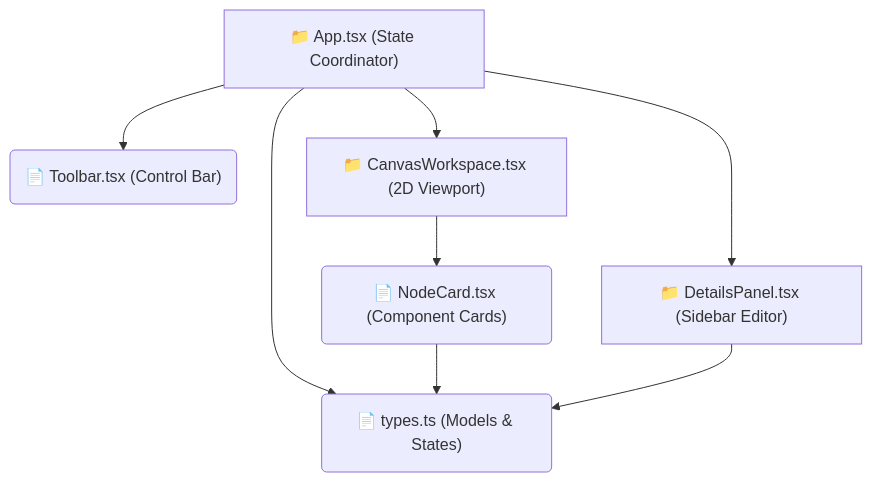
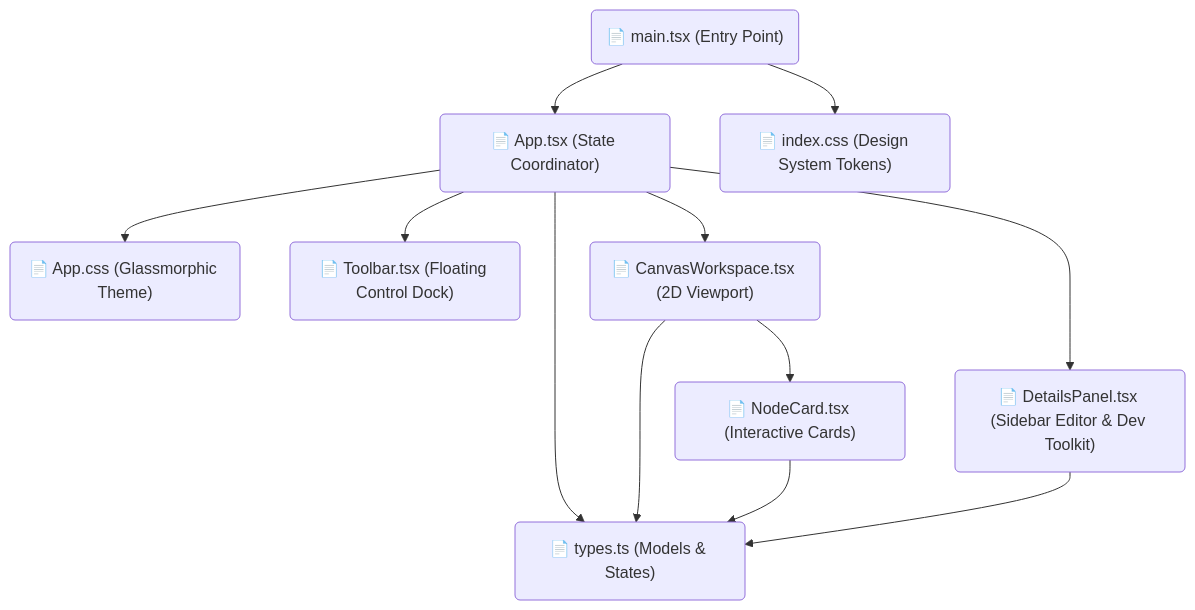
One commit to x2dat/ArchCanvas changed the diagram in README.md. Above: the diagram before and after it, drawn with Mermaid. The commit also changed other lines of this file, not shown here.

Commit message:
Update Mermaid structure diagram and clean up markdown growth badge markup in README

````diff
--- a/README.md
+++ b/README.md
@@ -42,17 +42,24 @@
 ```mermaid
 graph TD
-  node_app["📁 App.tsx (State Coordinator)"]
+  node_main("📄 main.tsx (Entry Point)")
+  node_app("📄 App.tsx (State Coordinator)")
   node_types("📄 types.ts (Models & States)")
-  node_toolbar("📄 Toolbar.tsx (Control Bar)")
-  node_canvas["📁 CanvasWorkspace.tsx (2D Viewport)"]
-  node_card("📄 NodeCard.tsx (Component Cards)")
-  node_details["📁 DetailsPanel.tsx (Sidebar Editor)"]
+  node_app_css("📄 App.css (Glassmorphic Theme)")
+  node_index_css("📄 index.css (Design System Tokens)")
+  node_toolbar("📄 Toolbar.tsx (Floating Control Dock)")
+  node_canvas("📄 CanvasWorkspace.tsx (2D Viewport)")
+  node_card("📄 NodeCard.tsx (Interactive Cards)")
+  node_details("📄 DetailsPanel.tsx (Sidebar Editor & Dev Toolkit)")
 
+  node_main --> node_app
+  node_main --> node_index_css
+  node_app --> node_app_css
   node_app --> node_types
   node_app --> node_toolbar
   node_app --> node_canvas
   node_app --> node_details
   node_canvas --> node_card
+  node_canvas --> node_types
   node_card --> node_types
   node_details --> node_types
 ```
````
